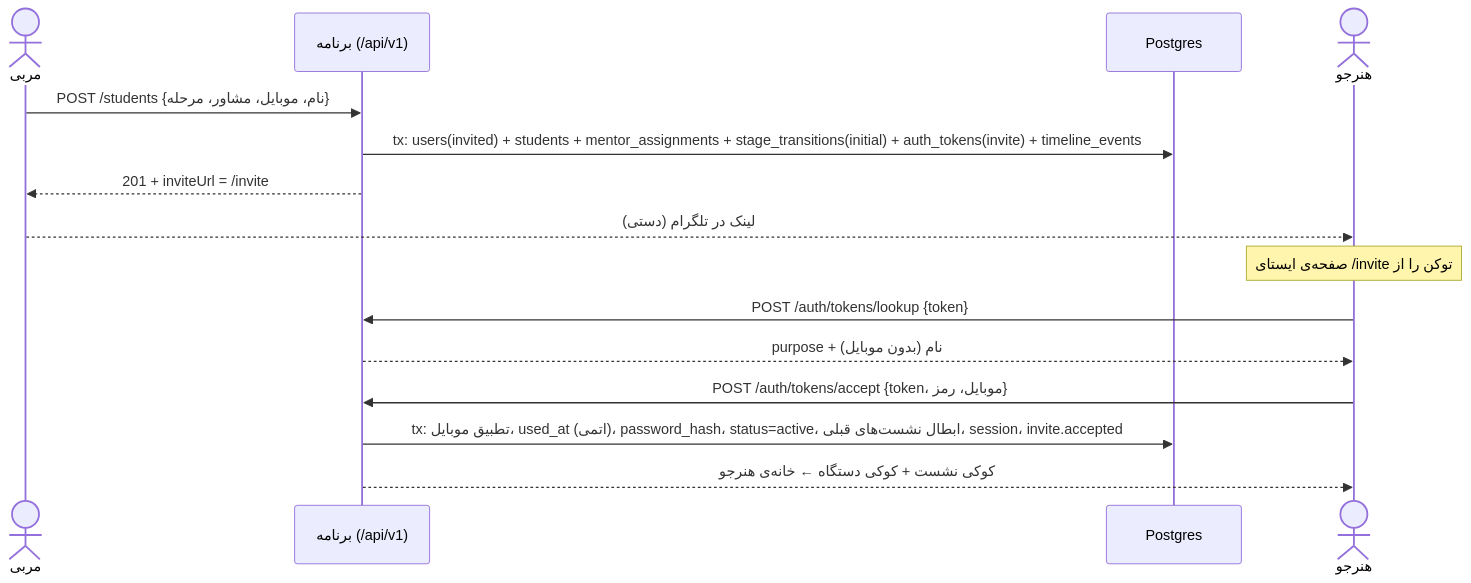
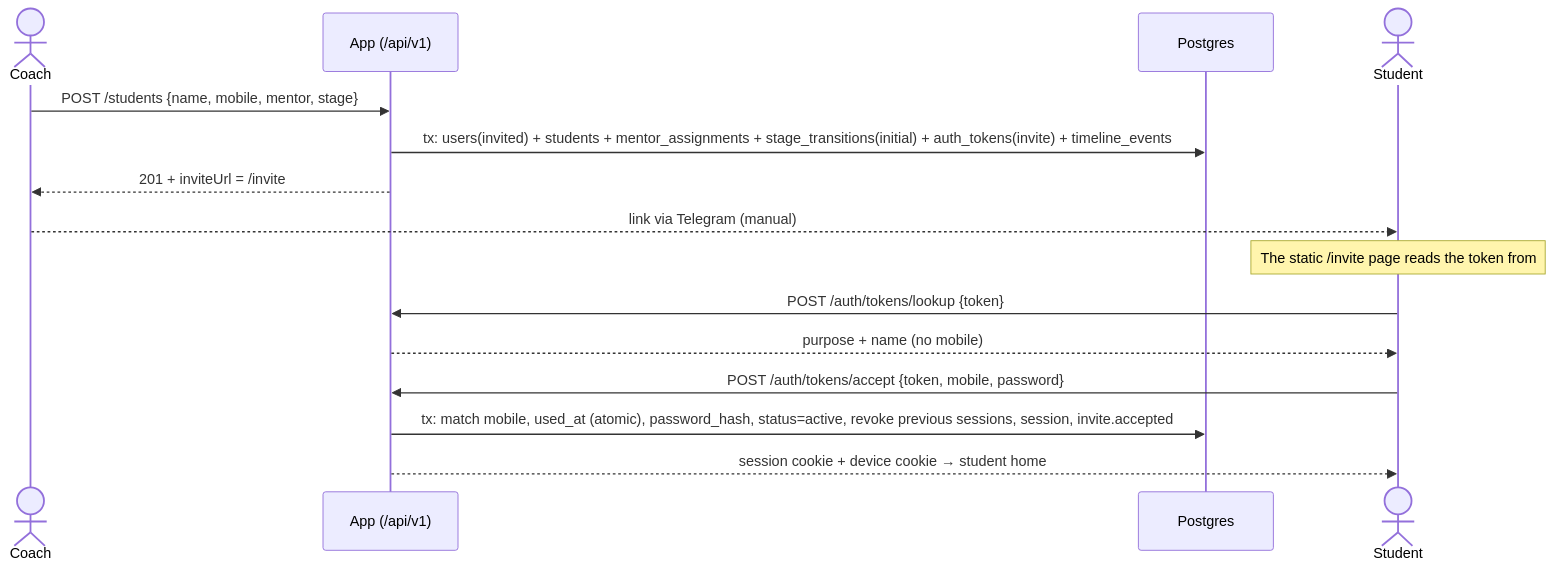
One commit to simorghsorkh/upworkcoach changed the third of 5 diagrams in docs/04-architecture/overview.md. Above: the diagram before and after it, drawn with Mermaid. The commit also changed other lines of this file and 360 other files, not shown here.

````diff
--- a/docs/04-architecture/overview.md
+++ b/docs/04-architecture/overview.md
@@ -126,17 +126,17 @@
 ```mermaid
 sequenceDiagram
-    actor C as مربی
-    participant W as برنامه (/api/v1)
+    actor C as Coach
+    participant W as App (/api/v1)
     participant D as Postgres
-    actor S as هنرجو
-    C->>W: POST /students {نام، موبایل، مشاور، مرحله}
+    actor S as Student
+    C->>W: POST /students {name, mobile, mentor, stage}
     W->>D: tx: users(invited) + students + mentor_assignments + stage_transitions(initial) + auth_tokens(invite) + timeline_events
-    W-->>C: 201 + inviteUrl = /invite#t=… (یک بار)
-    C-->>S: لینک در تلگرام (دستی)
-    Note over S: صفحه‌ی ایستای /invite توکن را از #t می‌خواند و از نوار آدرس پاک می‌کند
+    W-->>C: 201 + inviteUrl = /invite#t=… (once)
+    C-->>S: link via Telegram (manual)
+    Note over S: The static /invite page reads the token from #t and clears it from the address bar
     S->>W: POST /auth/tokens/lookup {token}
-    W-->>S: purpose + نام (بدون موبایل)
-    S->>W: POST /auth/tokens/accept {token، موبایل، رمز}
-    W->>D: tx: تطبیق موبایل، used_at (اتمی)، password_hash، status=active، ابطال نشست‌های قبلی، session، invite.accepted
-    W-->>S: کوکی نشست + کوکی دستگاه ← خانه‌ی هنرجو
+    W-->>S: purpose + name (no mobile)
+    S->>W: POST /auth/tokens/accept {token, mobile, password}
+    W->>D: tx: match mobile, used_at (atomic), password_hash, status=active, revoke previous sessions, session, invite.accepted
+    W-->>S: session cookie + device cookie → student home
 ```
````
